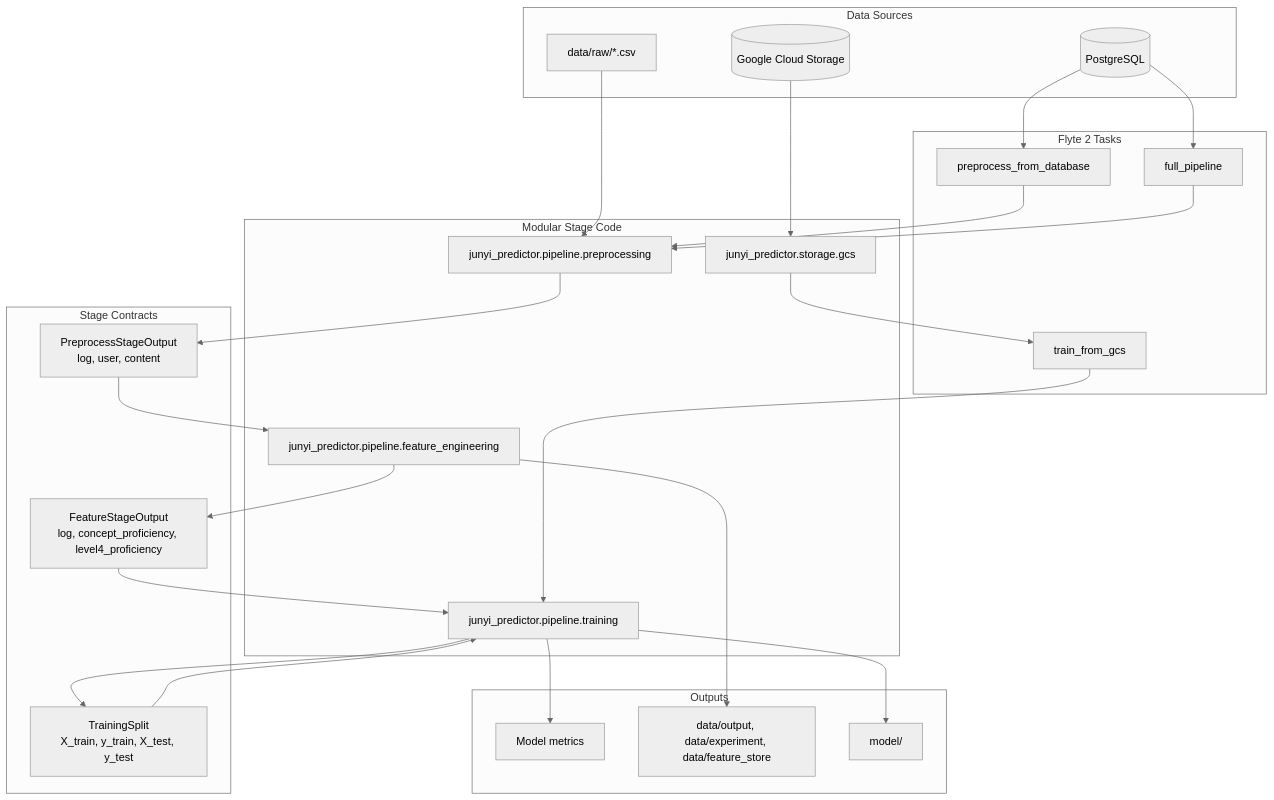
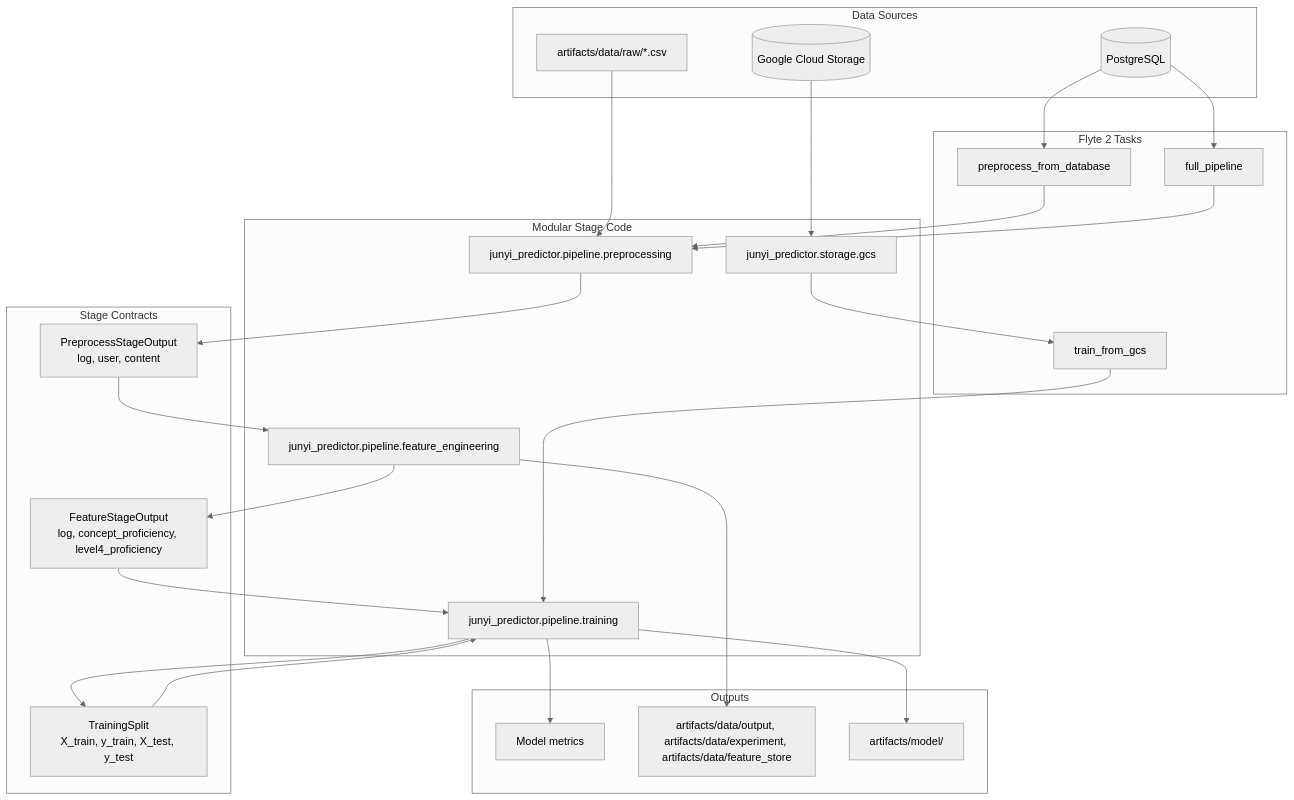
The diagram in docs/application-flow.md (linhsinp/junyi-online-learning-prediction), drawn with Mermaid (neutral theme) before and after one commit. The commit also changed 16 other files, not shown here.

Commit message:
:truck: move local artifacts behind bootstrap modules

````diff
--- a/docs/application-flow.md
+++ b/docs/application-flow.md
@@ -3,54 +3,54 @@
 ```mermaid
 flowchart TD
     subgraph Sources[Data Sources]
         PG[(PostgreSQL)]
         GCS[(Google Cloud Storage)]
-        CSV[data/raw/*.csv]
+        CSV[artifacts/data/raw/*.csv]
     end
 
     subgraph Orchestration[Flyte 2 Tasks]
         PRETASK[preprocess_from_database]
         FULL[full_pipeline]
         GTRAIN[train_from_gcs]
     end
 
     subgraph Runtime[Modular Stage Code]
         PRE[junyi_predictor.pipeline.preprocessing]
         FE[junyi_predictor.pipeline.feature_engineering]
         TR[junyi_predictor.pipeline.training]
         STORE[junyi_predictor.storage.gcs]
     end
 
     subgraph Contracts[Stage Contracts]
         PREOUT[PreprocessStageOutput<br/>log, user, content]
         FEOUT[FeatureStageOutput<br/>log, concept_proficiency, level4_proficiency]
         SPLIT[TrainingSplit<br/>X_train, y_train, X_test, y_test]
     end
 
     subgraph Outputs[Outputs]
         METRICS[Model metrics]
-        LOCAL[data/output, data/experiment, data/feature_store]
-        MODEL[model/]
+        LOCAL[artifacts/data/output, artifacts/data/experiment, artifacts/data/feature_store]
+        MODEL[artifacts/model/]
     end
 
     PG --> PRETASK
     PG --> FULL
     PRETASK --> PRE
     FULL --> PRE
     CSV --> PRE
 
     PRE --> PREOUT
     PREOUT --> FE
     FE --> FEOUT
     FEOUT --> TR
     TR --> SPLIT
     SPLIT --> TR
 
     GCS --> STORE
     STORE --> GTRAIN
     GTRAIN --> TR
 
     FE --> LOCAL
     TR --> METRICS
     TR --> MODEL
 ```
````
